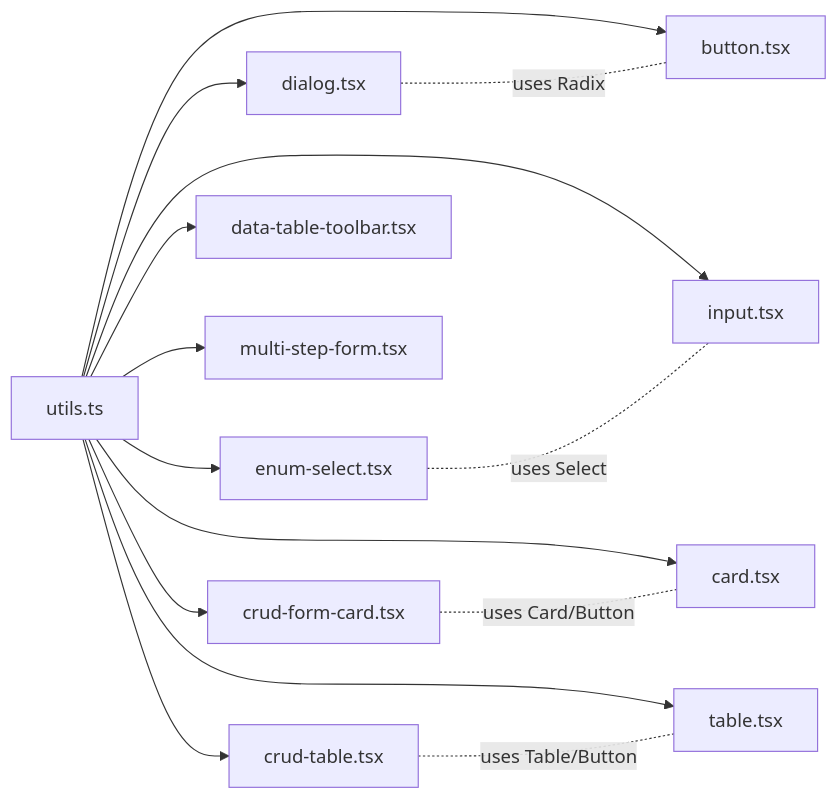
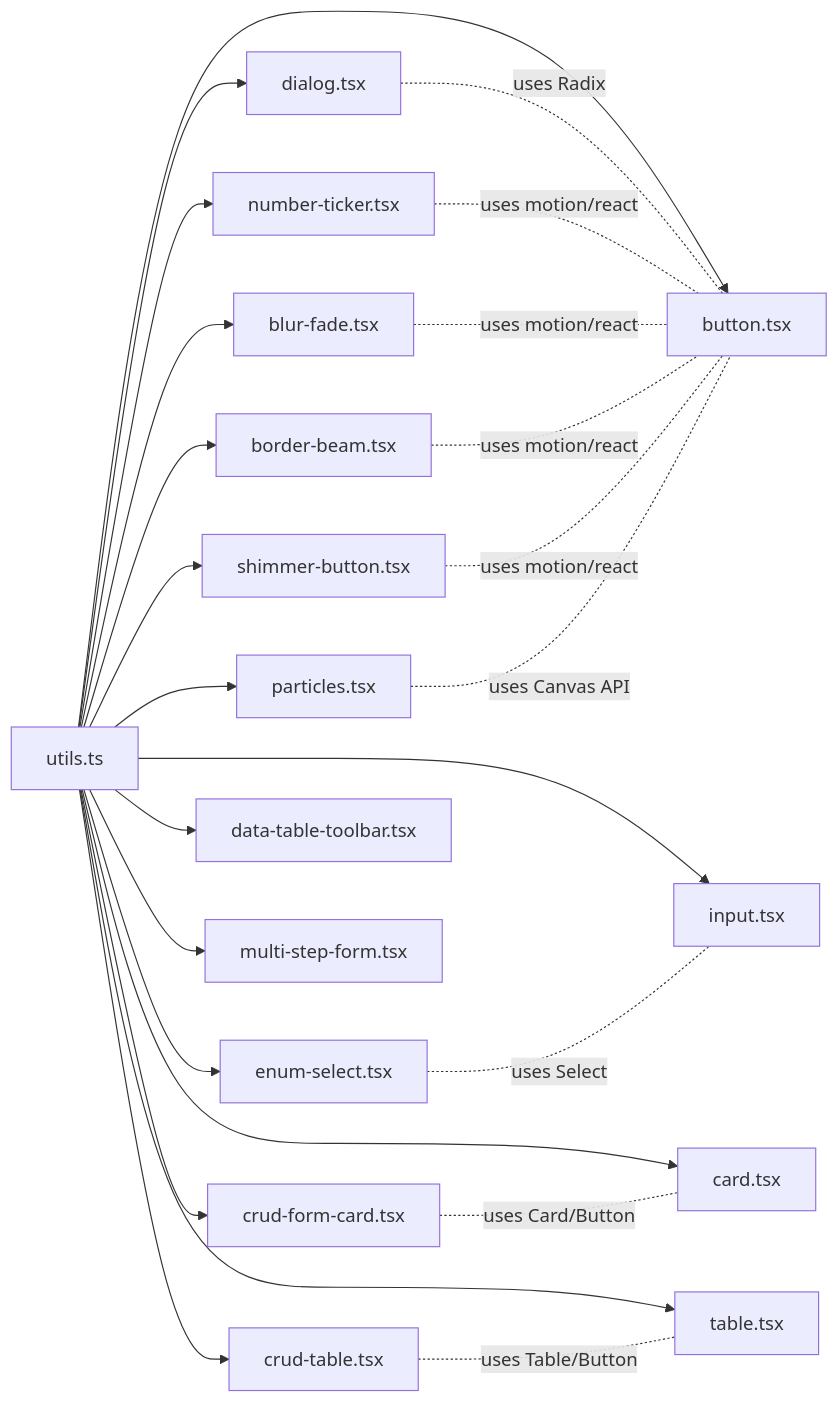
One commit to PA-Penajam/kepegawaian_apps changed diagram 20 of 20 in .qoder/repowiki/en/content/Frontend Architecture/React Component System/React Component System.md. Above: the diagram before and after it, drawn with Mermaid. The commit also changed other lines of this file and 4 other files, not shown here.

First line of the commit message:
docs(repowiki): update frontend architecture wiki dengan Magic UI components

````diff
--- a/.qoder/repowiki/en/content/Frontend Architecture/React Component System/React Component System.md
+++ b/.qoder/repowiki/en/content/Frontend Architecture/React Component System/React Component System.md
@@ -633,17 +876,27 @@
 ```mermaid
 graph LR
 UTIL["utils.ts"] --> BTN["button.tsx"]
 UTIL --> INP["input.tsx"]
 UTIL --> CARD["card.tsx"]
 UTIL --> TABLE["table.tsx"]
 UTIL --> DLG["dialog.tsx"]
+UTIL --> NT["number-ticker.tsx"]
+UTIL --> BF["blur-fade.tsx"]
+UTIL --> BB["border-beam.tsx"]
+UTIL --> SB["shimmer-button.tsx"]
+UTIL --> PRT["particles.tsx"]
 UTIL --> CFC["crud-form-card.tsx"]
 UTIL --> CTBL["crud-table.tsx"]
 UTIL --> DTT["data-table-toolbar.tsx"]
 UTIL --> MSF["multi-step-form.tsx"]
 UTIL --> ENUMSEL["enum-select.tsx"]
 DLG -. uses Radix .- BTN
+NT -. uses motion/react .- BTN
+BF -. uses motion/react .- BTN
+BB -. uses motion/react .- BTN
+SB -. uses motion/react .- BTN
+PRT -. uses Canvas API .- BTN
 ENUMSEL -. uses Select .- INP
 CFC -. uses Card/Button .- CARD
 CTBL -. uses Table/Button .- TABLE
 ```
````
